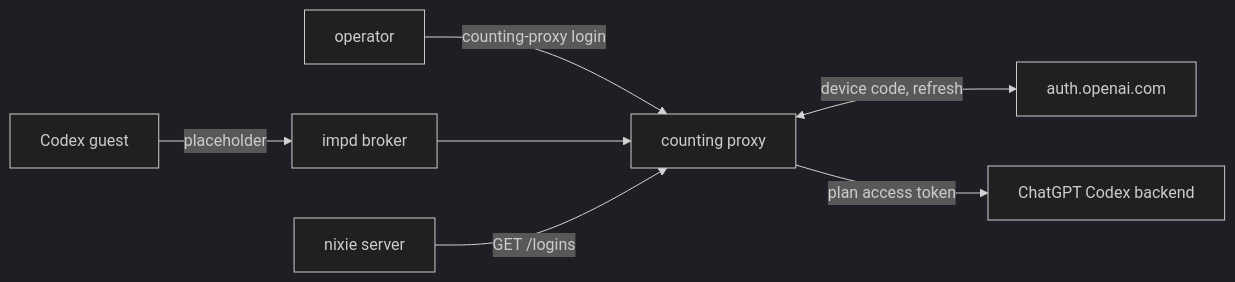
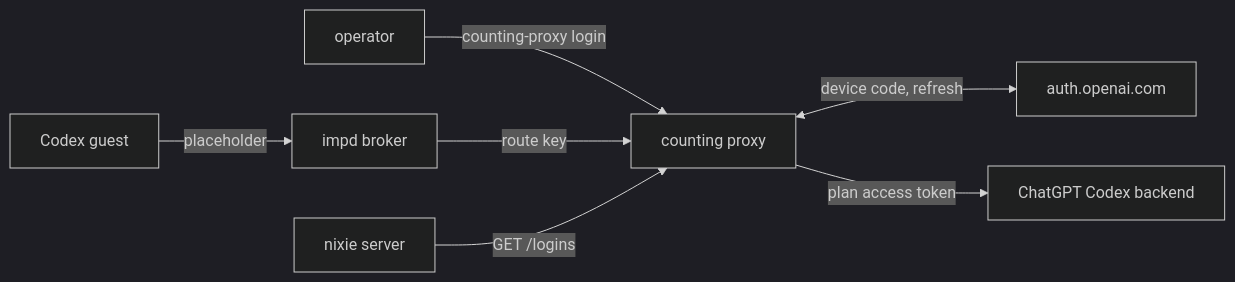
One commit to zgeoff/nixie changed the diagram in docs/design/queue/plan-login-token.md. Above: the diagram before and after it, drawn with Mermaid (dark theme). The commit also changed other lines of this file, not shown here.

````diff
--- a/docs/design/queue/plan-login-token.md
+++ b/docs/design/queue/plan-login-token.md
@@ -27,9 +35,9 @@
 ```mermaid
 flowchart LR
   op[operator] -->|"counting-proxy login"| proxy[counting proxy]
   proxy <-->|"device code, refresh"| auth[auth.openai.com]
   guest[Codex guest] -->|"placeholder"| broker[impd broker]
-  broker --> proxy
+  broker -->|"route key"| proxy
   proxy -->|"plan access token"| backend[ChatGPT Codex backend]
   server[nixie server] -->|"GET /logins"| proxy
 ```
````
